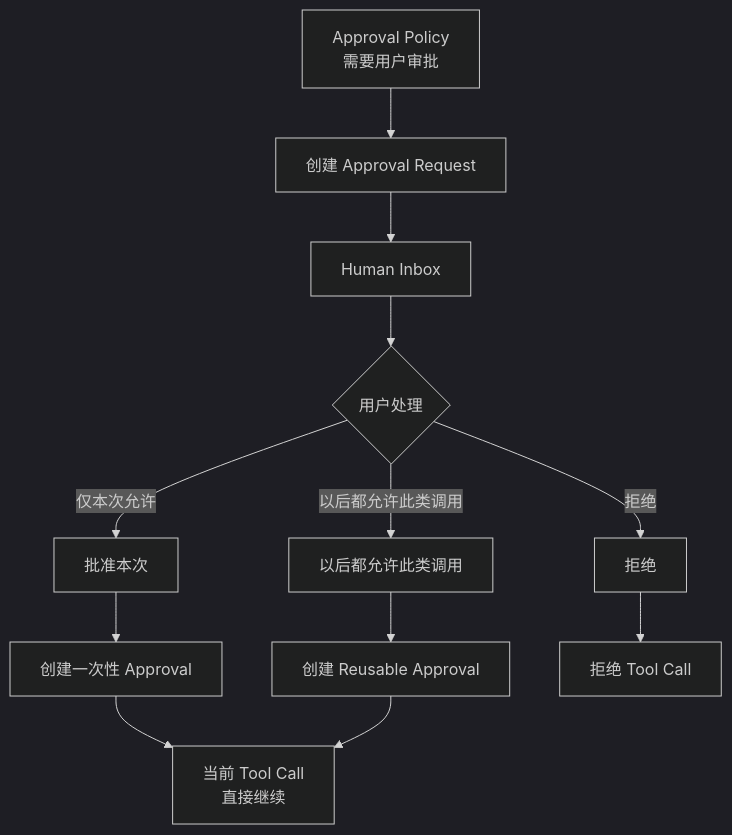
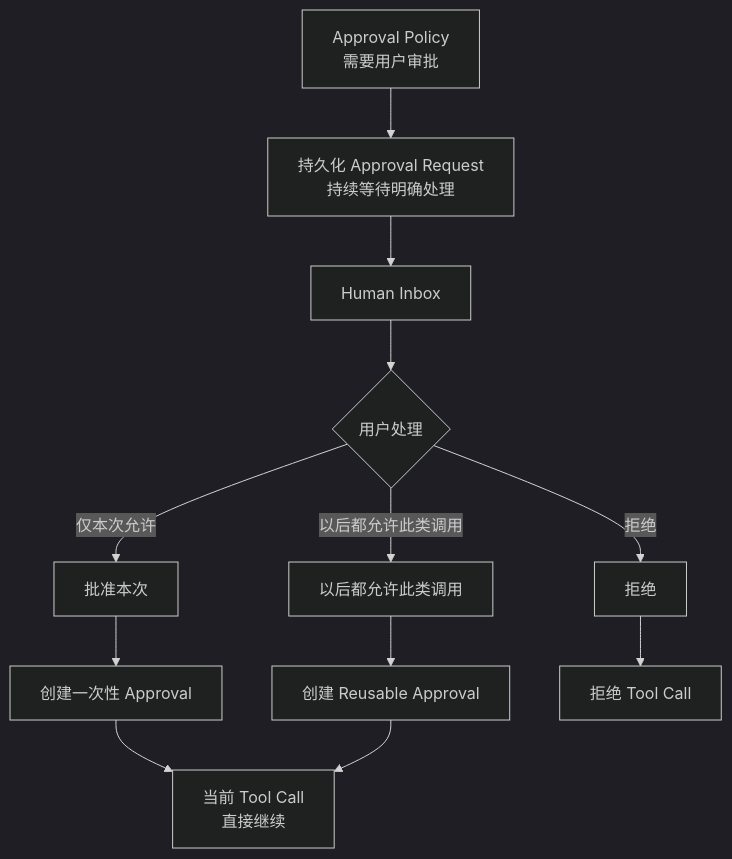
One commit to LunaDeerTech/agenteam changed the fourth of 5 diagrams in docs/architecture/security-governance/README.md. Above: the diagram before and after it, drawn with Mermaid (dark theme). The commit also changed other lines of this file and 86 other files, not shown here.

```diff
--- a/docs/architecture/security-governance/README.md
+++ b/docs/architecture/security-governance/README.md
@@ -517,33 +519,33 @@
 ~~~mermaid
 flowchart TD
     NeedHuman["Approval Policy<br/>需要用户审批"]
 
-    Request["创建 Approval Request"]
+    Request["持久化 Approval Request<br/>持续等待明确处理"]
     Inbox["Human Inbox"]
     Decision{"用户处理"}
 
     Once["批准本次"]
     Similar["以后都允许此类调用"]
     Reject["拒绝"]
 
     Exact["创建一次性 Approval"]
     Reusable["创建 Reusable Approval"]
 
     Continue["当前 Tool Call<br/>直接继续"]
     Deny["拒绝 Tool Call"]
 
     NeedHuman --> Request
     Request --> Inbox
     Inbox --> Decision
 
     Decision -->|"仅本次允许"| Once
     Decision -->|"以后都允许此类调用"| Similar
     Decision -->|"拒绝"| Reject
 
     Once --> Exact
     Similar --> Reusable
 
     Exact --> Continue
     Reusable --> Continue
     Reject --> Deny
 ~~~
```
